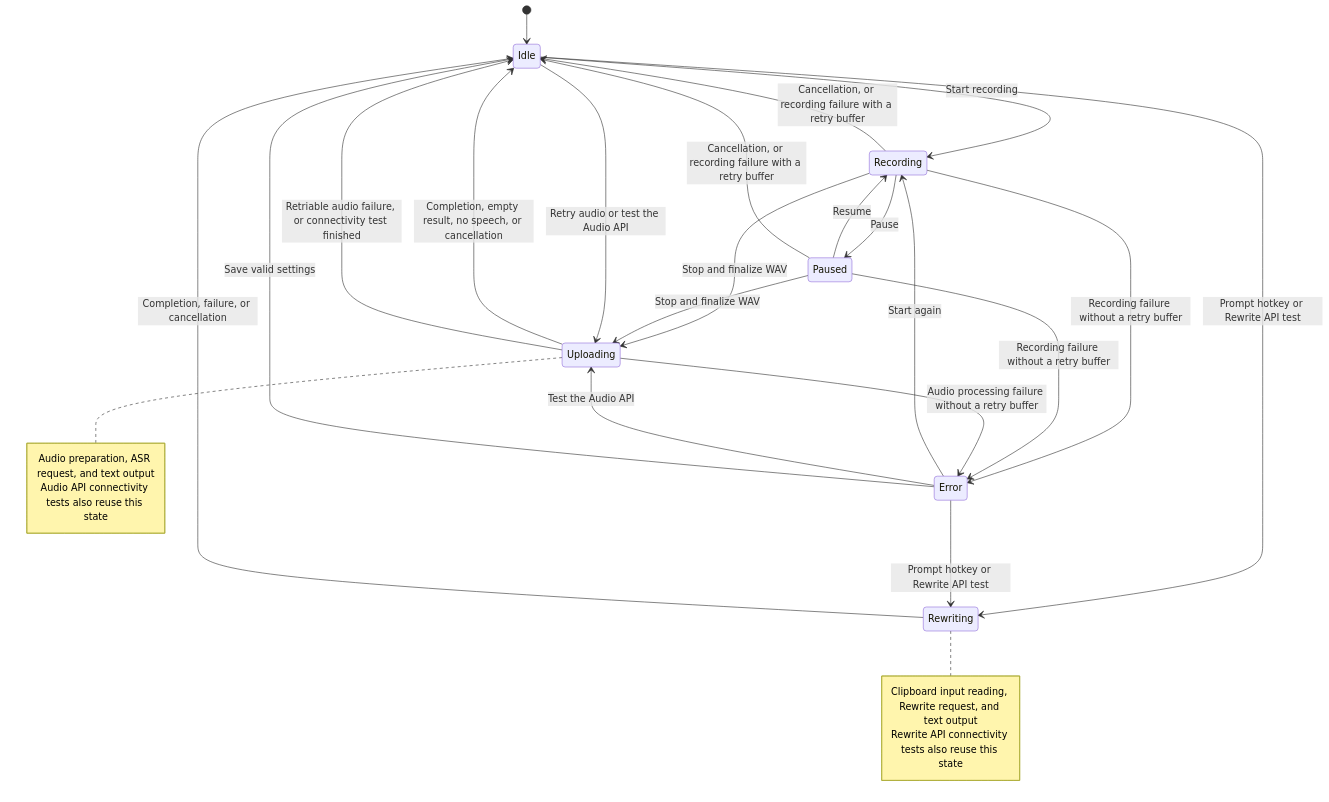
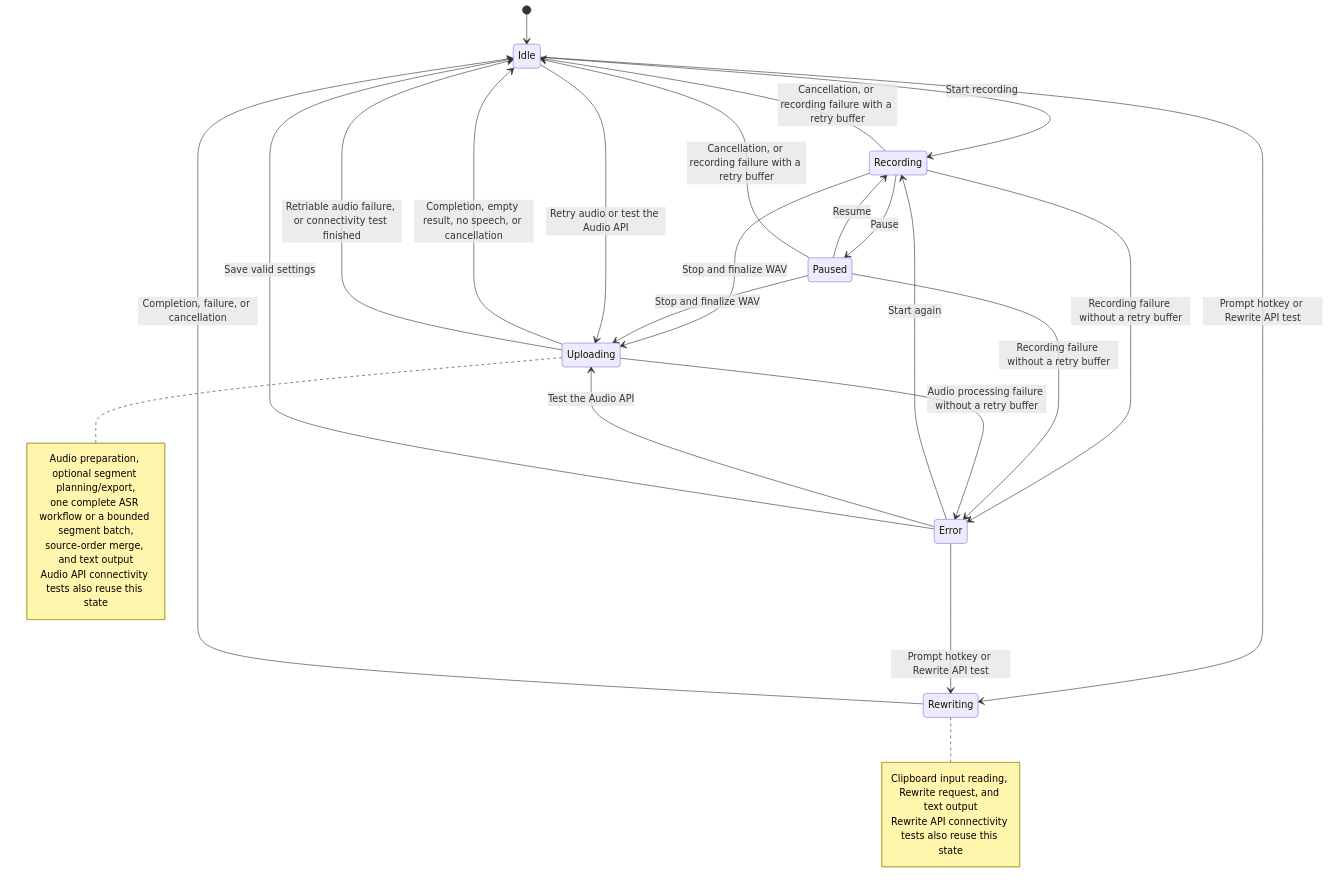
Before and after one commit to Joey-Kot/Dictate-for-Windows: the third of 3 diagrams in README.md, drawn with Mermaid. The commit also changed other lines of this file and 18 other files, not shown here.

````diff
--- a/README.md
+++ b/README.md
@@ -146,34 +183,36 @@
 ```mermaid
 stateDiagram-v2
     [*] --> Idle
     Idle --> Recording: Start recording
     Error --> Recording: Start again
     Recording --> Paused: Pause
     Paused --> Recording: Resume
     Recording --> Uploading: Stop and finalize WAV
     Paused --> Uploading: Stop and finalize WAV
     Recording --> Idle: Cancellation, or recording failure with a retry buffer
     Paused --> Idle: Cancellation, or recording failure with a retry buffer
     Recording --> Error: Recording failure without a retry buffer
     Paused --> Error: Recording failure without a retry buffer
 
     Idle --> Uploading: Retry audio or test the Audio API
     Error --> Uploading: Test the Audio API
     Uploading --> Idle: Completion, empty result, no speech, or cancellation
     Uploading --> Idle: Retriable audio failure, or connectivity test finished
     Uploading --> Error: Audio processing failure without a retry buffer
 
     Idle --> Rewriting: Prompt hotkey or Rewrite API test
     Error --> Rewriting: Prompt hotkey or Rewrite API test
     Rewriting --> Idle: Completion, failure, or cancellation
     Error --> Idle: Save valid settings
 
     note right of Uploading
-        Audio preparation, ASR request, and text output
+        Audio preparation, optional segment planning/export,
+        one complete ASR workflow or a bounded segment batch,
+        source-order merge, and text output
         Audio API connectivity tests also reuse this state
     end note
     note right of Rewriting
         Clipboard input reading, Rewrite request, and text output
         Rewrite API connectivity tests also reuse this state
     end note
 ```
````
